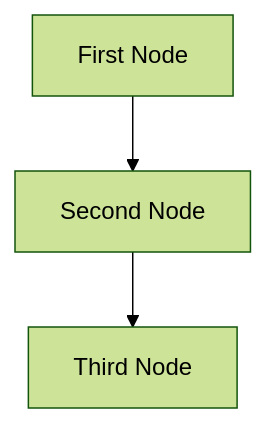
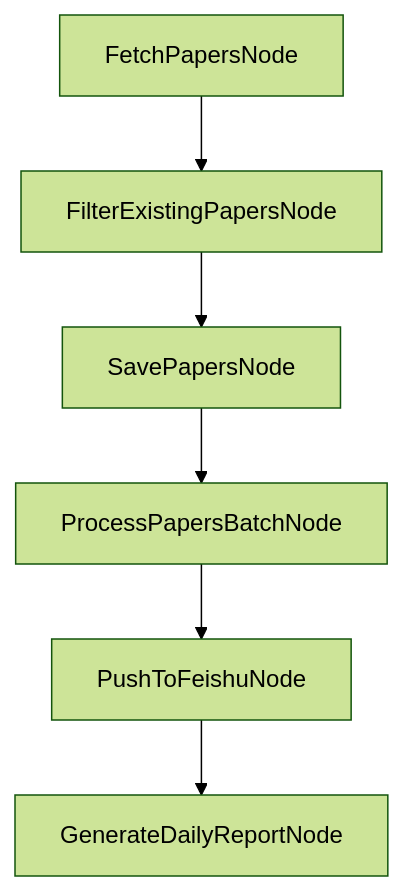
Before and after one commit to ysj1173886760/daily-paper-v2: the diagram in docs/design.md, drawn with Mermaid (forest theme). The commit also changed other lines of this file and 15 other files, not shown here.

````diff
--- a/docs/design.md
+++ b/docs/design.md
@@ -30,5 +36,8 @@
 ```mermaid
 flowchart TD
-    firstNode[First Node] --> secondNode[Second Node]
-    secondNode --> thirdNode[Third Node]
+    A[FetchPapersNode] --> B[FilterExistingPapersNode]
+    B --> C[SavePapersNode]
+    C --> D[ProcessPapersBatchNode]
+    D --> E[PushToFeishuNode]
+    E --> F[GenerateDailyReportNode]
 ```
````
